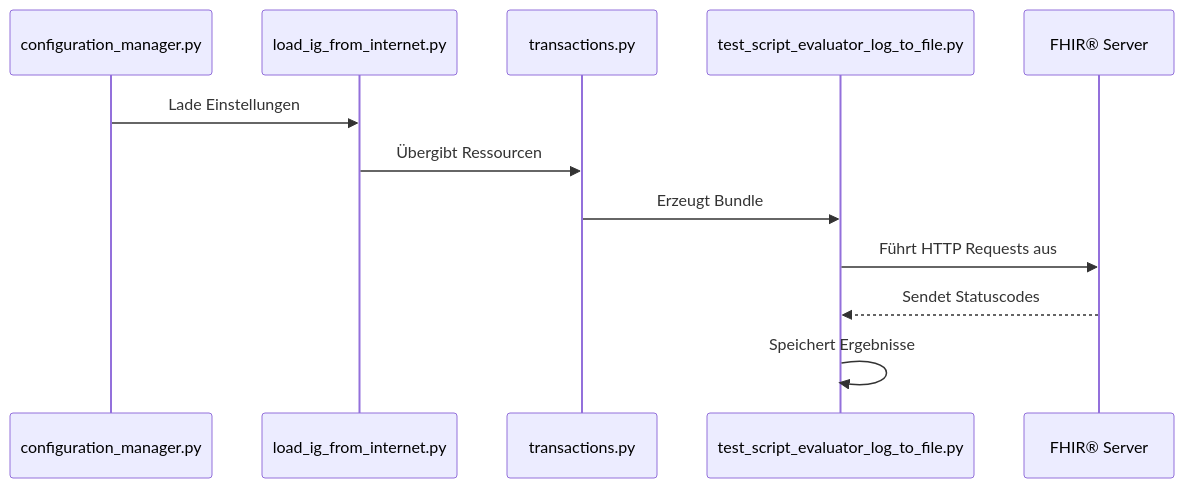
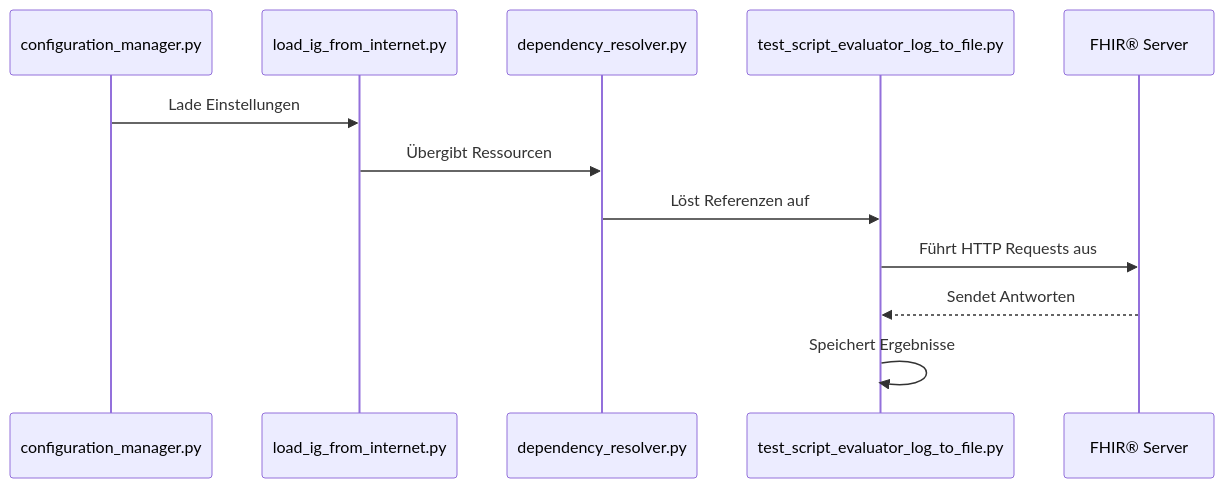
One commit to HL7Austria/HL7-AT-TestFhiry-TestRunner changed the second of 2 diagrams in README.md. Above: the diagram before and after it, drawn with Mermaid. The commit also changed other lines of this file and 46 other files, not shown here.

````diff
--- a/README.md
+++ b/README.md
@@ -225,15 +223,15 @@
 ```mermaid
 sequenceDiagram
     participant Config as configuration_manager.py
     participant Loader as load_ig_from_internet.py
-    participant Builder as transactions.py
+    participant Builder as dependency_resolver.py
     participant Evaluator as test_script_evaluator_log_to_file.py
     participant Server as FHIR® Server
 
     Config->>Loader: Lade Einstellungen
     Loader->>Builder: Übergibt Ressourcen
-    Builder->>Evaluator: Erzeugt Bundle
+    Builder->>Evaluator: Löst Referenzen auf
     Evaluator->>Server: Führt HTTP Requests aus
-    Server-->>Evaluator: Sendet Statuscodes
+    Server-->>Evaluator: Sendet Antworten
     Evaluator->>Evaluator: Speichert Ergebnisse
 ```
````
